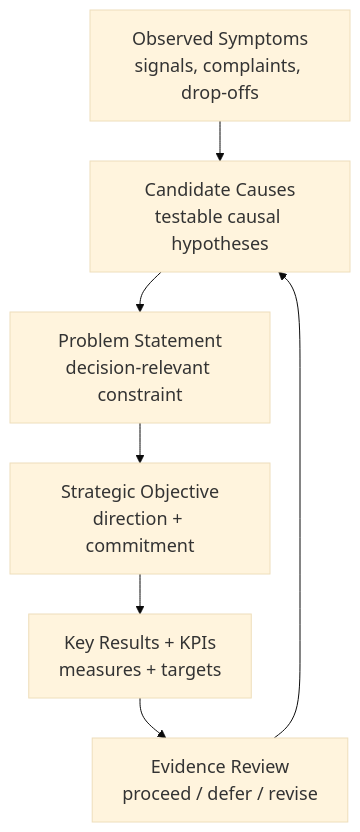
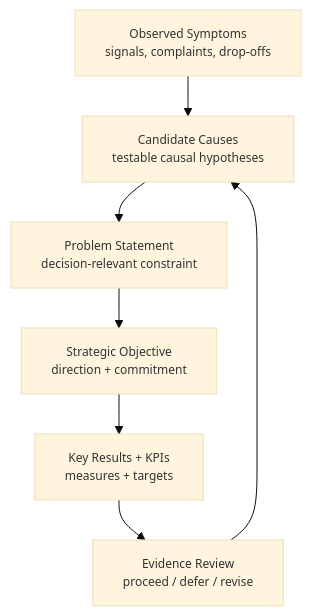
One commit to micro-canvas-framework/micro-canvas-framework.github.io changed the diagram in docs/book/phase-2/12-ProblemsAndOKRs.md. Above: the diagram before and after it, drawn with Mermaid. The commit also changed other lines of this file and 23 other files, not shown here.

Commit message:
docs(book): normalize mermaid font size to 12px

````diff
--- a/docs/book/phase-2/12-ProblemsAndOKRs.md
+++ b/docs/book/phase-2/12-ProblemsAndOKRs.md
@@ -68,10 +68,10 @@
 ```mermaid
-%%{init: {"theme":"base","flowchart":{"nodeSpacing":40,"rankSpacing":40},"themeVariables":{"fontSize":"18px"}} }%%
+%%{init: {"theme":"base","flowchart":{"nodeSpacing":40,"rankSpacing":40},"themeVariables":{"fontSize":"12px"}} }%%
 flowchart TB
   A[Observed Symptoms<br/>signals, complaints, drop-offs] --> B[Candidate Causes<br/>testable causal hypotheses]
   B --> C[Problem Statement<br/>decision-relevant constraint]
   C --> D[Strategic Objective<br/>direction + commitment]
   D --> E[Key Results + KPIs<br/>measures + targets]
   E --> F[Evidence Review<br/>proceed / defer / revise]
   F --> B
 ```
````
